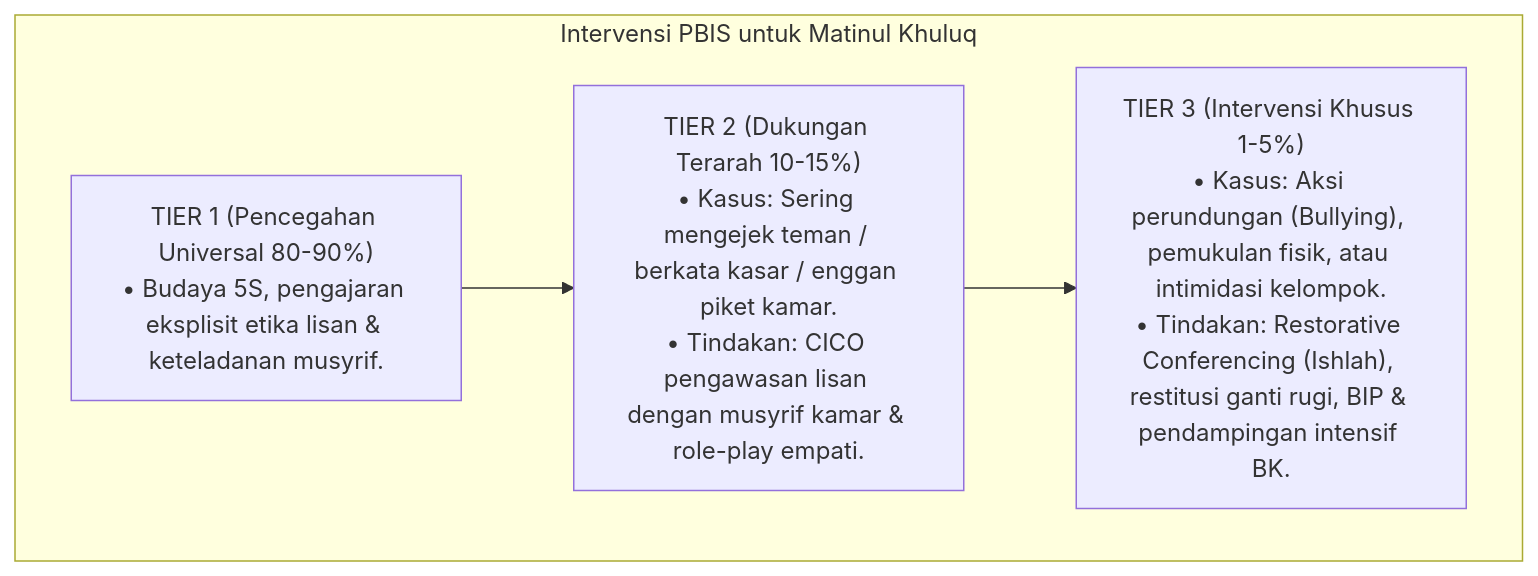
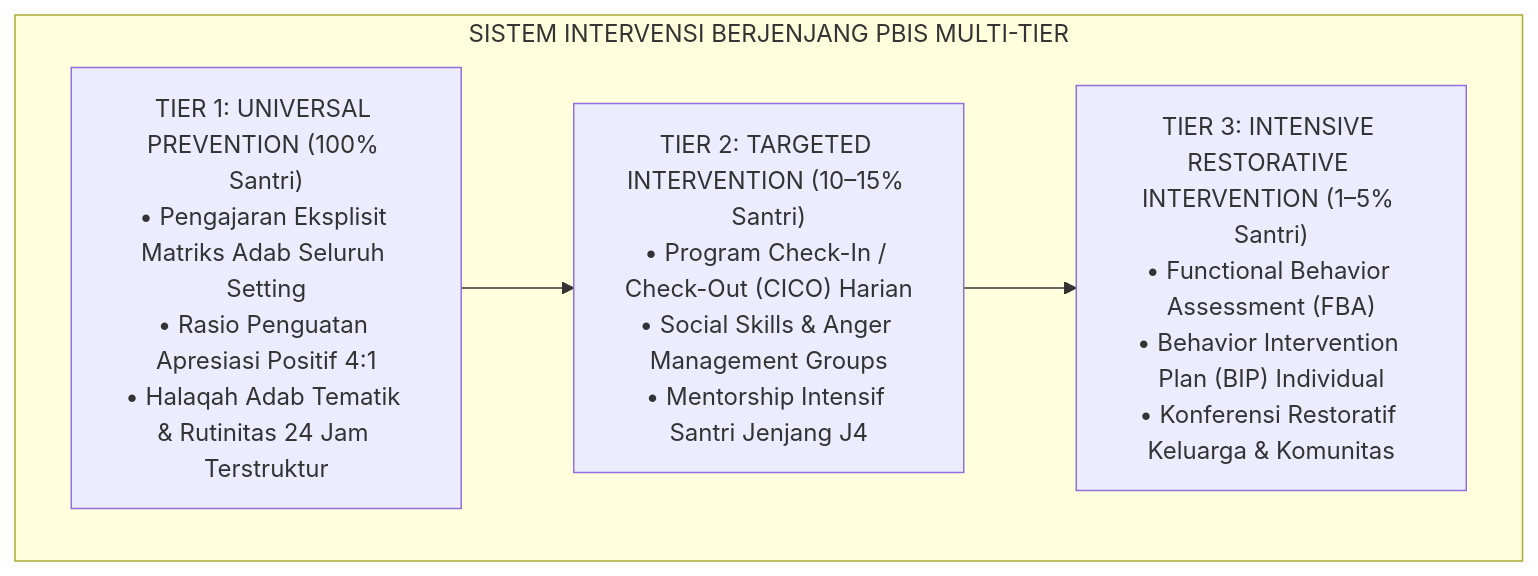
Before and after one commit to wandiapriliyandi/tumbuh: the sixth of 7 diagrams in 03 Capacity Framework/06 Matinul Khuluq/P3-06-10-Protokol-Intervensi-dan-Pembiasaan.md, drawn with Mermaid. The commit also changed other lines of this file and 14 other files, not shown here.

Commit message:
docs(03-capacity): complete 15 research monographs for 06 Matinul Khuluq

````diff
--- a/03 Capacity Framework/06 Matinul Khuluq/P3-06-10-Protokol-Intervensi-dan-Pembiasaan.md
+++ b/03 Capacity Framework/06 Matinul Khuluq/P3-06-10-Protokol-Intervensi-dan-Pembiasaan.md
@@ -21,12 +186,12 @@
 ```mermaid
-graph TD
-    subgraph Intervensi_Akhlak_PBIS["Intervensi PBIS untuk Matinul Khuluq"]
-        Tier1["TIER 1 (Pencegahan Universal 80-90%)<br/>• Budaya 5S, pengajaran eksplisit etika lisan & keteladanan musyrif."]
+flowchart TD
+    subgraph PiramidaMultiTierPBIS["SISTEM INTERVENSI BERJENJANG PBIS MULTI-TIER"]
+        Tier3["TIER 3: INTENSIVE RESTORATIVE INTERVENTION (1–5% Santri)<br/>• Functional Behavior Assessment (FBA)<br/>• Behavior Intervention Plan (BIP) Individual<br/>• Konferensi Restoratif Keluarga & Komunitas"]
         
-        Tier2["TIER 2 (Dukungan Terarah 10-15%)<br/>• Kasus: Sering mengejek teman / berkata kasar / enggan piket kamar.<br/>• Tindakan: CICO pengawasan lisan dengan musyrif kamar & role-play empati."]
+        Tier2["TIER 2: TARGETED INTERVENTION (10–15% Santri)<br/>• Program Check-In / Check-Out (CICO) Harian<br/>• Social Skills & Anger Management Groups<br/>• Mentorship Intensif Santri Jenjang J4"]
         
-        Tier3["TIER 3 (Intervensi Khusus 1-5%)<br/>• Kasus: Aksi perundungan (Bullying), pemukulan fisik, atau intimidasi kelompok.<br/>• Tindakan: Restorative Conferencing (Ishlah), restitusi ganti rugi, BIP & pendampingan intensif BK."]
-
+        Tier1["TIER 1: UNIVERSAL PREVENTION (100% Santri)<br/>• Pengajaran Eksplisit Matriks Adab Seluruh Setting<br/>• Rasio Penguatan Apresiasi Positif 4:1<br/>• Halaqah Adab Tematik & Rutinitas 24 Jam Terstruktur"]
+        
         Tier1 --> Tier2 --> Tier3
     end
 ```
````
